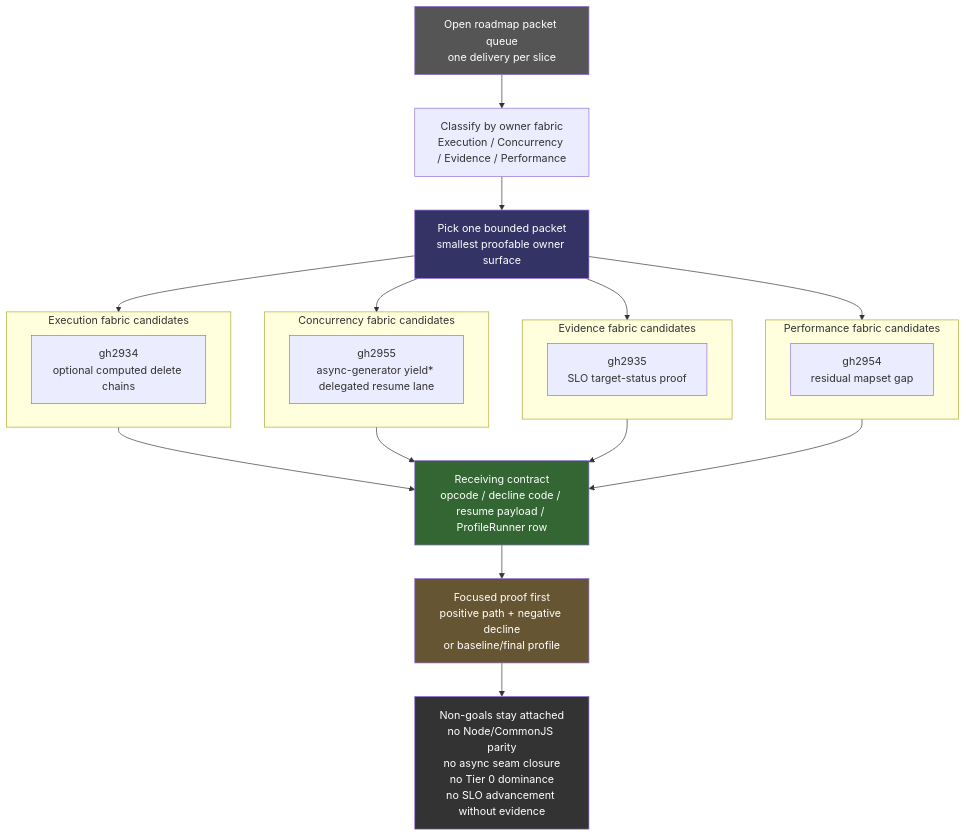
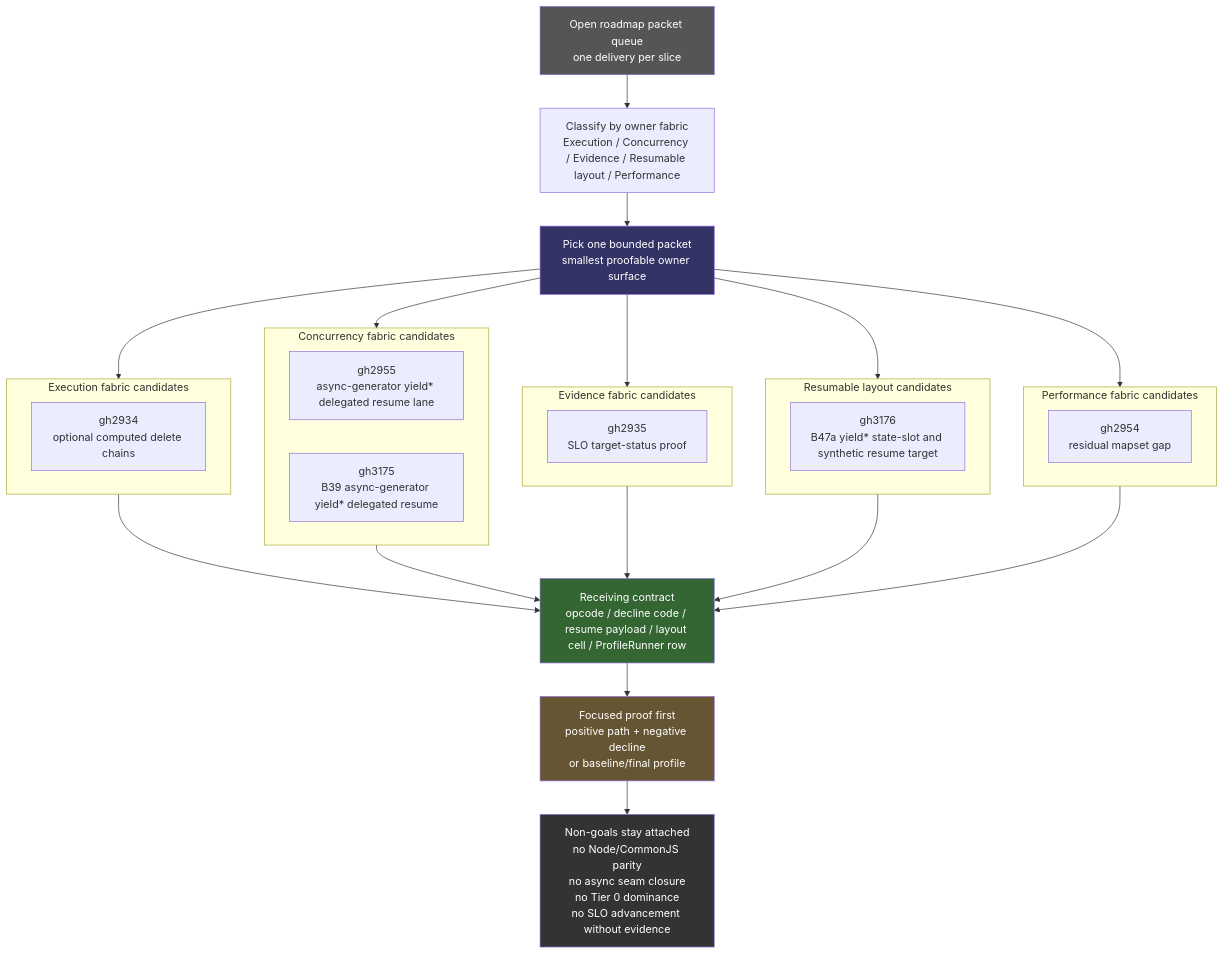
One commit to asynkron/Asynkron.JsEngine changed diagram 35 of 37 in docs/dreaming.md. Above: the diagram before and after it, drawn with Mermaid. The commit also changed other lines of this file, not shown here.

````diff
--- a/docs/dreaming.md
+++ b/docs/dreaming.md
@@ -1343,43 +1343,50 @@
 ```mermaid
 flowchart TD
     QUEUE["Open roadmap packet queue\none delivery per slice"]
-    CLASSIFY["Classify by owner fabric\nExecution / Concurrency / Evidence / Performance"]
+    CLASSIFY["Classify by owner fabric\nExecution / Concurrency / Evidence / Resumable layout / Performance"]
     PICK["Pick one bounded packet\nsmallest proofable owner surface"]
 
     subgraph Execution["Execution fabric candidates"]
         G2934["gh2934\noptional computed delete chains"]
     end
 
     subgraph Concurrency["Concurrency fabric candidates"]
         G2955["gh2955\nasync-generator yield* delegated resume lane"]
+        G3175["gh3175\nB39 async-generator yield* delegated resume"]
     end
 
     subgraph Evidence["Evidence fabric candidates"]
         G2935["gh2935\nSLO target-status proof"]
     end
 
+    subgraph Layout["Resumable layout candidates"]
+        G3176["gh3176\nB47a yield* state-slot and synthetic resume target"]
+    end
+
     subgraph Perf["Performance fabric candidates"]
         G2954["gh2954\nresidual mapset gap"]
     end
 
-    CONTRACT["Receiving contract\nopcode / decline code / resume payload / ProfileRunner row"]
+    CONTRACT["Receiving contract\nopcode / decline code / resume payload / layout cell / ProfileRunner row"]
     PROOF["Focused proof first\npositive path + negative decline\nor baseline/final profile"]
     NONCLAIM["Non-goals stay attached\nno Node/CommonJS parity\nno async seam closure\nno Tier 0 dominance\nno SLO advancement without evidence"]
 
     QUEUE --> CLASSIFY --> PICK
     PICK --> Execution
     PICK --> Concurrency
     PICK --> Evidence
+    PICK --> Layout
     PICK --> Perf
     Execution --> CONTRACT
     Concurrency --> CONTRACT
     Evidence --> CONTRACT
+    Layout --> CONTRACT
     Perf --> CONTRACT
     CONTRACT --> PROOF --> NONCLAIM
 
     style QUEUE fill:#555,color:#fff
     style PICK fill:#336,color:#fff
     style CONTRACT fill:#363,color:#fff
     style PROOF fill:#653,color:#fff
     style NONCLAIM fill:#333,color:#fff
 ```
````
